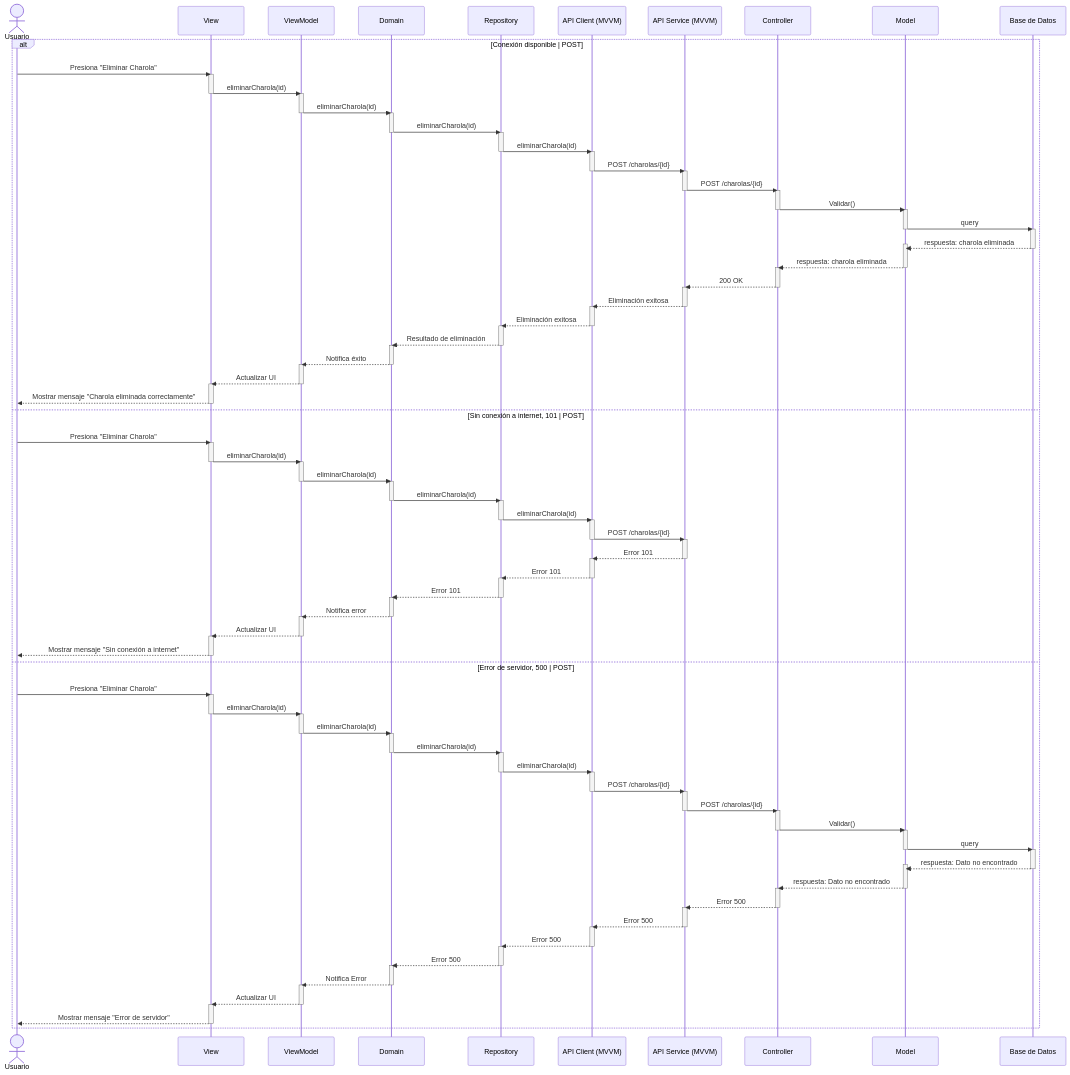
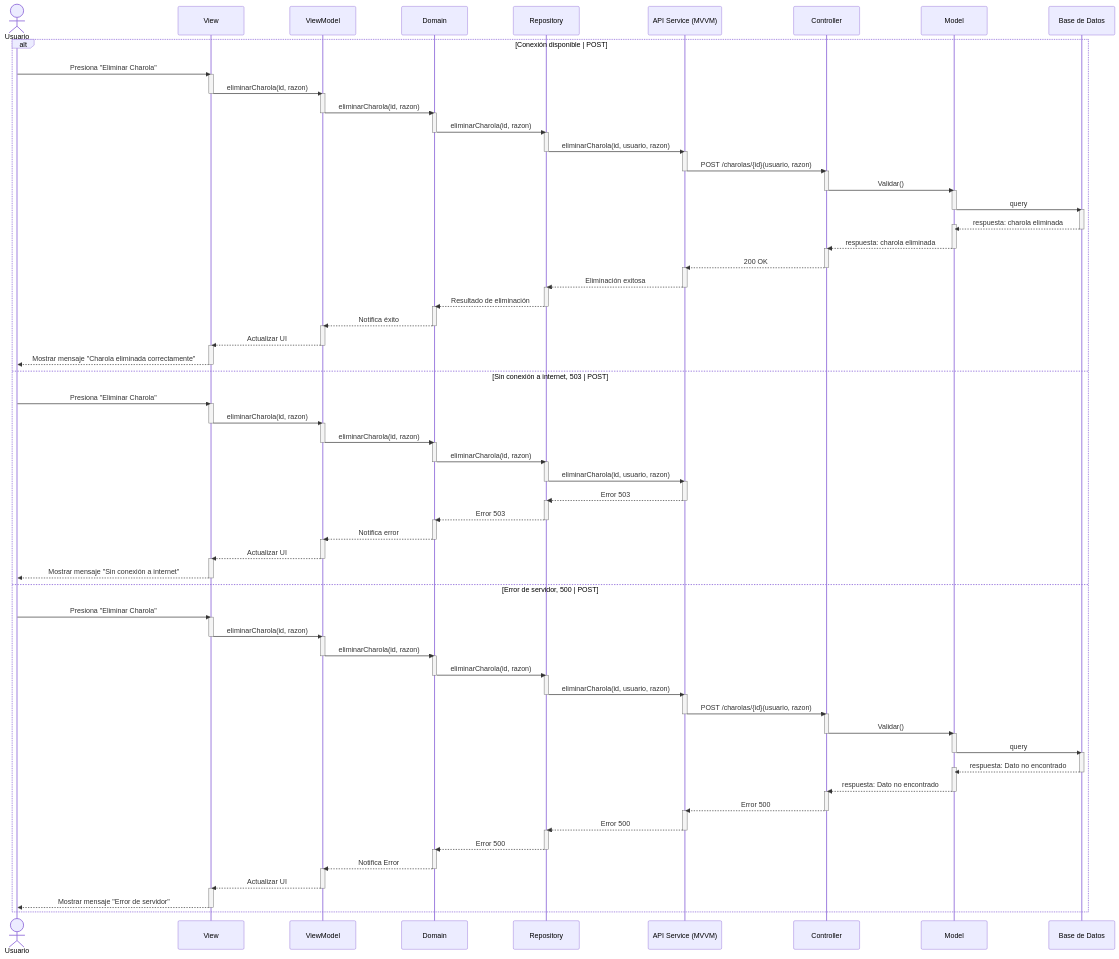
One commit to CodeAnd-Co/Documentacion changed the diagram in documentation/docs/proyectos/larvas/documentacion/requisitos/RF8.md. Above: the diagram before and after it, drawn with Mermaid. The commit also changed other lines of this file and 1 other file, not shown here.

Commit message:
Modificado RF8 para interactuar con RF 39

```diff
--- a/documentation/docs/proyectos/larvas/documentacion/requisitos/RF8.md
+++ b/documentation/docs/proyectos/larvas/documentacion/requisitos/RF8.md
@@ -32,7 +36,6 @@
     participant ViewModel as ViewModel
     participant Domain as Domain
     participant Repository as Repository
-    participant APIClient as API Client (MVVM)
     participant APIService as API Service (MVVM)
     participant Controller as Controller
     participant Model as Model
@@ -42,27 +45,23 @@
         Usuario ->> View: Presiona "Eliminar Charola"
         activate View
 
-        View ->> ViewModel: eliminarCharola(id)
+        View ->> ViewModel: eliminarCharola(id, razon)
         deactivate View
         activate ViewModel
 
-        ViewModel ->> Domain: eliminarCharola(id)
+        ViewModel ->> Domain: eliminarCharola(id, razon)
         deactivate ViewModel
         activate Domain
 
-        Domain ->> Repository: eliminarCharola(id)
+        Domain ->> Repository: eliminarCharola(id, razon)
         deactivate Domain
         activate Repository
 
-        Repository ->> APIClient: eliminarCharola(id)
+        Repository ->> APIService: eliminarCharola(id, usuario, razon)
         deactivate Repository
-        activate APIClient
-
-        APIClient ->> APIService: POST  /charolas/{id}
-        deactivate APIClient
         activate APIService
 
-        APIService ->> Controller: POST /charolas/{id}
+        APIService ->> Controller: POST /charolas/{id}(usuario, razon)
         deactivate APIService
         activate Controller
 
@@ -86,12 +85,8 @@
         deactivate Controller
         activate APIService
 
-        APIService -->> APIClient: Eliminación exitosa
+        APIService -->> Repository: Eliminación exitosa
         deactivate APIService
-        activate APIClient
-
-        APIClient -->> Repository: Eliminación exitosa
-        deactivate APIClient
         activate Repository
 
         Repository -->> Domain: Resultado de eliminación
@@ -109,39 +104,31 @@
         View -->> Usuario: Mostrar mensaje "Charola eliminada correctamente"
         deactivate View
 
-    else Sin conexión a internet, 101 | POST
+    else Sin conexión a internet, 503 | POST
         Usuario ->> View: Presiona "Eliminar Charola"
         activate View
 
-        View ->> ViewModel: eliminarCharola(id)
+        View ->> ViewModel: eliminarCharola(id, razon)
         deactivate View
         activate ViewModel
 
-        ViewModel ->> Domain: eliminarCharola(id)
+        ViewModel ->> Domain: eliminarCharola(id, razon)
         deactivate ViewModel
         activate Domain
 
-        Domain ->> Repository: eliminarCharola(id)
+        Domain ->> Repository: eliminarCharola(id, razon)
         deactivate Domain
         activate Repository
 
-        Repository ->> APIClient: eliminarCharola(id)
+        Repository ->> APIService: eliminarCharola(id, usuario, razon)
         deactivate Repository
-        activate APIClient
-
-        APIClient ->> APIService: POST /charolas/{id}
-        deactivate APIClient
         activate APIService
 
-        APIService -->> APIClient: Error 101
+        APIService -->> Repository: Error 503
         deactivate APIService
-        activate APIClient
-
-        APIClient -->> Repository: Error 101
-        deactivate APIClient
         activate Repository
 
-        Repository -->> Domain: Error 101
+        Repository -->> Domain: Error 503
         deactivate Repository
         activate Domain
 
@@ -160,27 +147,23 @@
         Usuario ->> View: Presiona "Eliminar Charola"
         activate View
 
-        View ->> ViewModel: eliminarCharola(id)
+        View ->> ViewModel: eliminarCharola(id, razon)
         deactivate View
         activate ViewModel
 
-        ViewModel ->> Domain: eliminarCharola(id)
+        ViewModel ->> Domain: eliminarCharola(id, razon)
         deactivate ViewModel
         activate Domain
 
-        Domain ->> Repository: eliminarCharola(id)
+        Domain ->> Repository: eliminarCharola(id, razon)
         deactivate Domain
         activate Repository
 
-        Repository ->> APIClient: eliminarCharola(id)
+        Repository ->> APIService: eliminarCharola(id, usuario, razon)
         deactivate Repository
-        activate APIClient
-
-        APIClient ->> APIService: POST /charolas/{id}
-        deactivate APIClient
         activate APIService
 
-        APIService ->> Controller: POST /charolas/{id}
+        APIService ->> Controller: POST /charolas/{id}(usuario, razon)
         deactivate APIService
         activate Controller
 
@@ -204,12 +187,8 @@
         deactivate Controller
         activate APIService
 
-        APIService -->> APIClient: Error 500
+        APIService -->> Repository: Error 500
         deactivate APIService
-        activate APIClient
-
-        APIClient -->> Repository: Error 500
-        deactivate APIClient
         activate Repository
 
         Repository -->> Domain: Error 500
```
